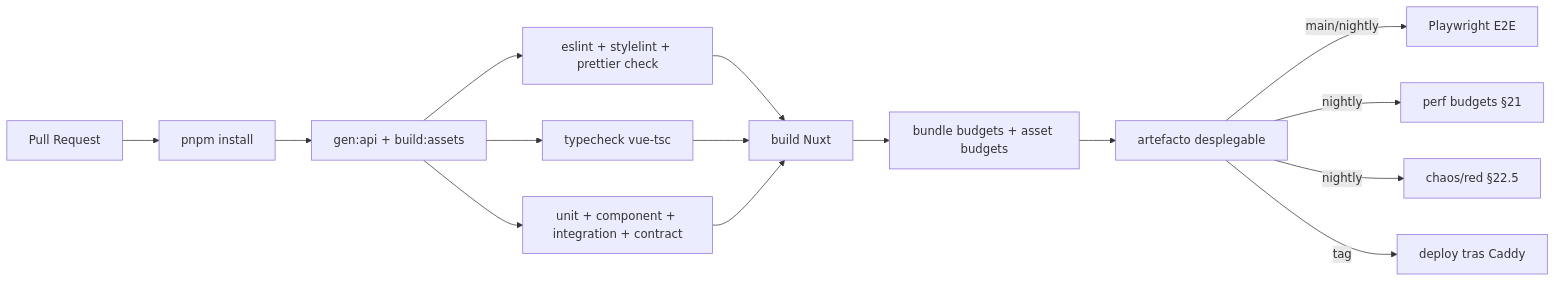
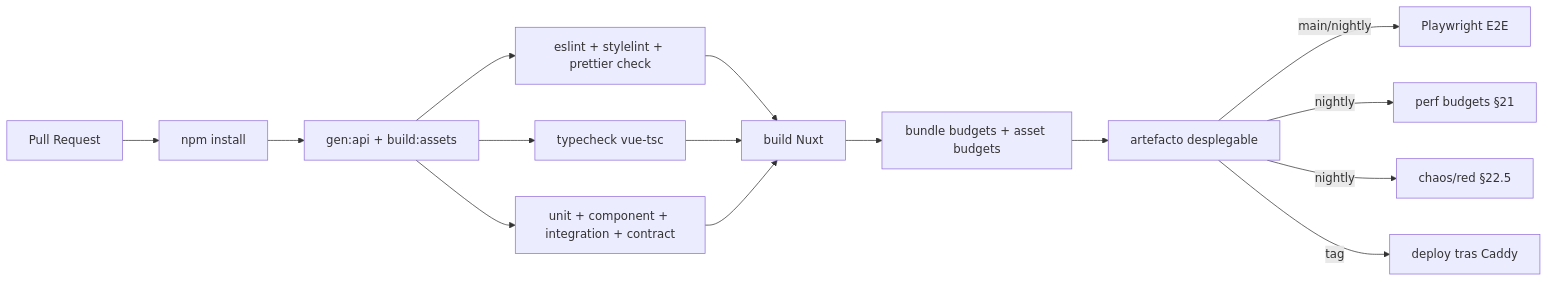
Diagram 24 of 29 in docs/frontend-architecture-document.md (lokiteitor/global-market), drawn with Mermaid before and after one commit. The commit also changed other lines of this file and 208 other files, not shown here.

````diff
--- a/docs/frontend-architecture-document.md
+++ b/docs/frontend-architecture-document.md
@@ -2404,17 +2362,17 @@
 ```mermaid
 flowchart LR
-    PR[Pull Request] --> INSTALL[pnpm install]
+    PR[Pull Request] --> INSTALL[npm install]
     INSTALL --> GEN[gen:api + build:assets]
     GEN --> LINT[eslint + stylelint + prettier check]
     GEN --> TYPE[typecheck vue-tsc]
     GEN --> UNIT[unit + component + integration + contract]
     LINT --> BUILD[build Nuxt]
     TYPE --> BUILD
     UNIT --> BUILD
     BUILD --> BUDGET[bundle budgets + asset budgets]
     BUDGET --> ART[artefacto desplegable]
     ART -->|main/nightly| E2E[Playwright E2E]
     ART -->|nightly| PERF[perf budgets §21]
     ART -->|nightly| CHAOS[chaos/red §22.5]
     ART -->|tag| DEPLOY[deploy tras Caddy]
 ```
````
